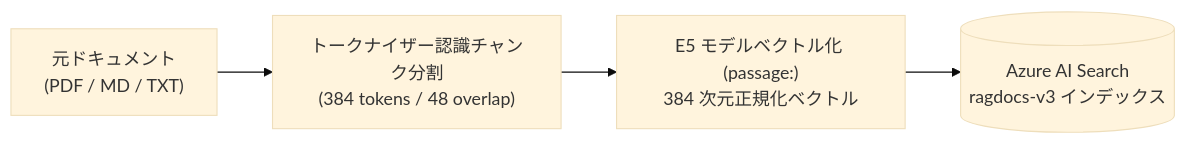
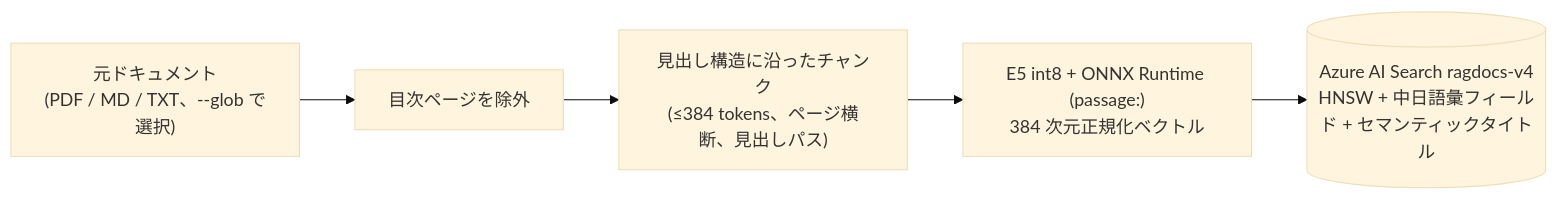
One commit to workHMZ/aca-ghcr-cicd-lab changed the seventh of 9 diagrams in README.md. Above: the diagram before and after it, drawn with Mermaid (base theme). The commit also changed other lines of this file and 40 other files, not shown here.

````diff
--- a/README.md
+++ b/README.md
@@ -435,6 +644,7 @@
 ```mermaid
 flowchart LR
-    Docs["元ドキュメント<br/>(PDF / MD / TXT)"] --> Chunk["トークナイザー認識チャンク分割<br/>(384 tokens / 48 overlap)"]
-    Chunk --> Embed["E5 モデルベクトル化 (passage:)<br/>384 次元正規化ベクトル"]
-    Embed --> Index[("Azure AI Search<br/>ragdocs-v3 インデックス")]
+    Docs["元ドキュメント<br/>(PDF / MD / TXT、--glob で選択)"] --> TOC["目次ページを除外"]
+    TOC --> Chunk["見出し構造に沿ったチャンク<br/>(≤384 tokens、ページ横断、見出しパス)"]
+    Chunk --> Embed["E5 int8 + ONNX Runtime (passage:)<br/>384 次元正規化ベクトル"]
+    Embed --> Index[("Azure AI Search ragdocs-v4<br/>HNSW + 中日語彙フィールド + セマンティックタイトル")]
 ```
````
